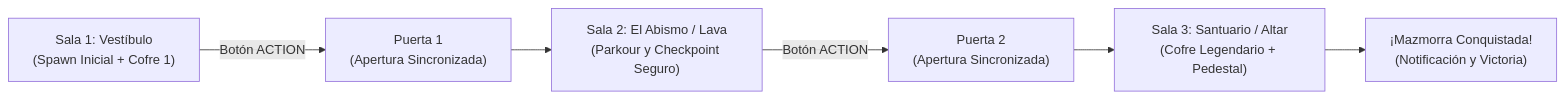
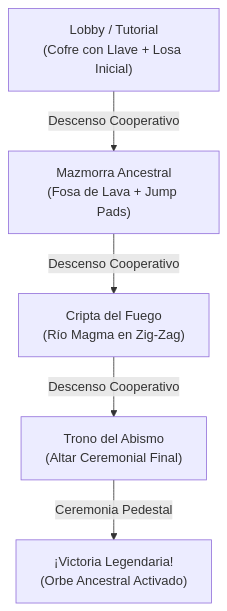
Before and after one commit to erickaguilar/runa-y-piedra: the diagram in docs/08-sistema-mazmorras-niveles-y-progresion.md, drawn with Mermaid. The commit also changed other lines of this file and 21 other files, not shown here.

````diff
--- a/docs/08-sistema-mazmorras-niveles-y-progresion.md
+++ b/docs/08-sistema-mazmorras-niveles-y-progresion.md
@@ -33,8 +42,7 @@
 ```mermaid
-flowchart LR
-    S1["Sala 1: Vestíbulo\n(Spawn Inicial + Cofre 1)"] -->|Botón ACTION| D1["Puerta 1\n(Apertura Sincronizada)"]
-    D1 --> S2["Sala 2: El Abismo / Lava\n(Parkour y Checkpoint Seguro)"]
-    S2 -->|Botón ACTION| D2["Puerta 2\n(Apertura Sincronizada)"]
-    D2 --> S3["Sala 3: Santuario / Altar\n(Cofre Legendario + Pedestal)"]
-    S3 --> V["¡Mazmorra Conquistada!\n(Notificación y Victoria)"]
+flowchart TD
+    L["Lobby / Tutorial\n(Cofre con Llave + Losa Inicial)"] -->|Descenso Cooperativo| D1["Mazmorra Ancestral\n(Fosa de Lava + Jump Pads)"]
+    D1 -->|Descenso Cooperativo| D2["Cripta del Fuego\n(Río Magma en Zig-Zag)"]
+    D2 -->|Descenso Cooperativo| D3["Trono del Abismo\n(Altar Ceremonial Final)"]
+    D3 -->|Ceremonia Pedestal| V["¡Victoria Legendaria!\n(Orbe Ancestral Activado)"]
 ```
````
